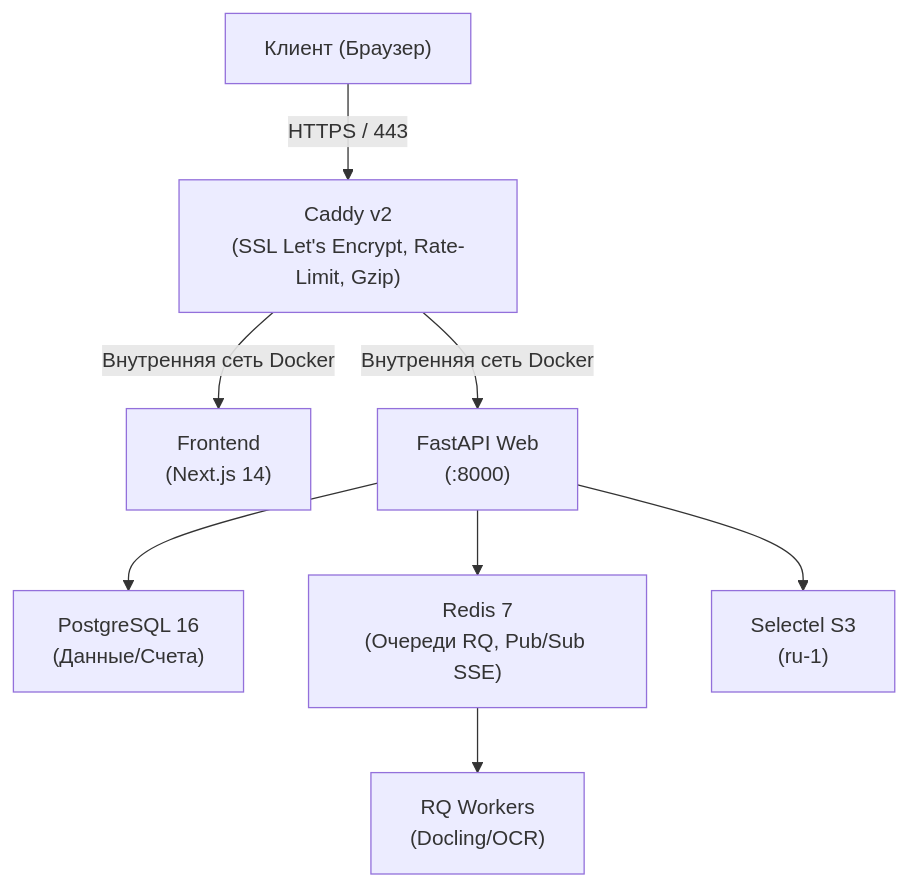
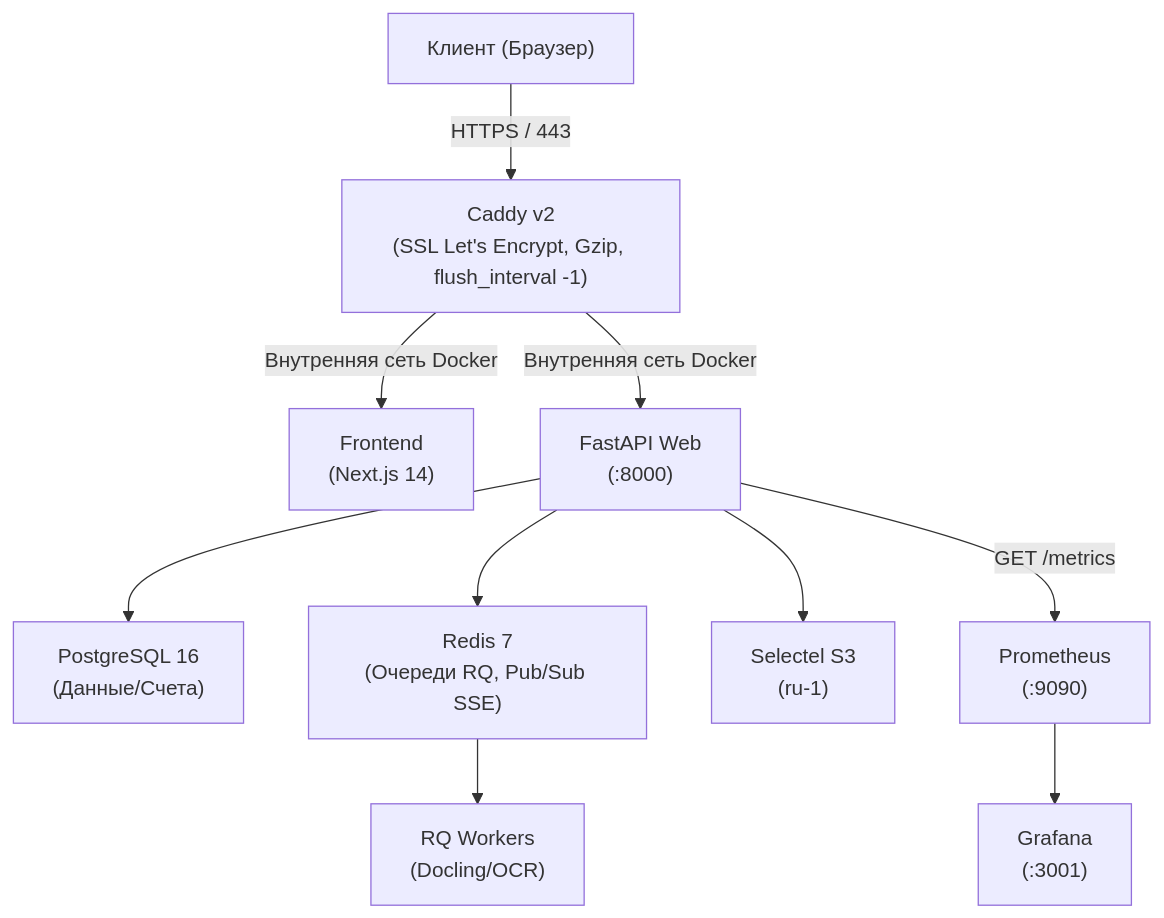
One commit to catishe-catalogue/clean-doc changed the diagram in docs/TECH.md. Above: the diagram before and after it, drawn with Mermaid. The commit also changed other lines of this file and 1 other file, not shown here.

````diff
--- a/docs/TECH.md
+++ b/docs/TECH.md
@@ -538,25 +583,29 @@
 ```mermaid
 flowchart TB
     Client["Клиент (Браузер)"]
 
-    Caddy["Caddy v2<br/>(SSL Let's Encrypt, Rate-Limit, Gzip)"]
+    Caddy["Caddy v2<br/>(SSL Let's Encrypt, Gzip, flush_interval -1)"]
 
     Frontend["Frontend<br/>(Next.js 14)"]
     FastAPI["FastAPI Web<br/>(:8000)"]
 
     Postgres["PostgreSQL 16<br/>(Данные/Счета)"]
     Redis["Redis 7<br/>(Очереди RQ, Pub/Sub SSE)"]
     S3["Selectel S3<br/>(ru-1)"]
     Workers["RQ Workers<br/>(Docling/OCR)"]
+    Prometheus["Prometheus<br/>(:9090)"]
+    Grafana["Grafana<br/>(:3001)"]
 
     Client -->|HTTPS / 443| Caddy
 
     Caddy -->|Внутренняя сеть Docker| Frontend
     Caddy -->|Внутренняя сеть Docker| FastAPI
 
     FastAPI --> Postgres
     FastAPI --> Redis
     FastAPI --> S3
+    FastAPI -->|"GET /metrics"| Prometheus
 
     Redis --> Workers
+    Prometheus --> Grafana
 ```
````
